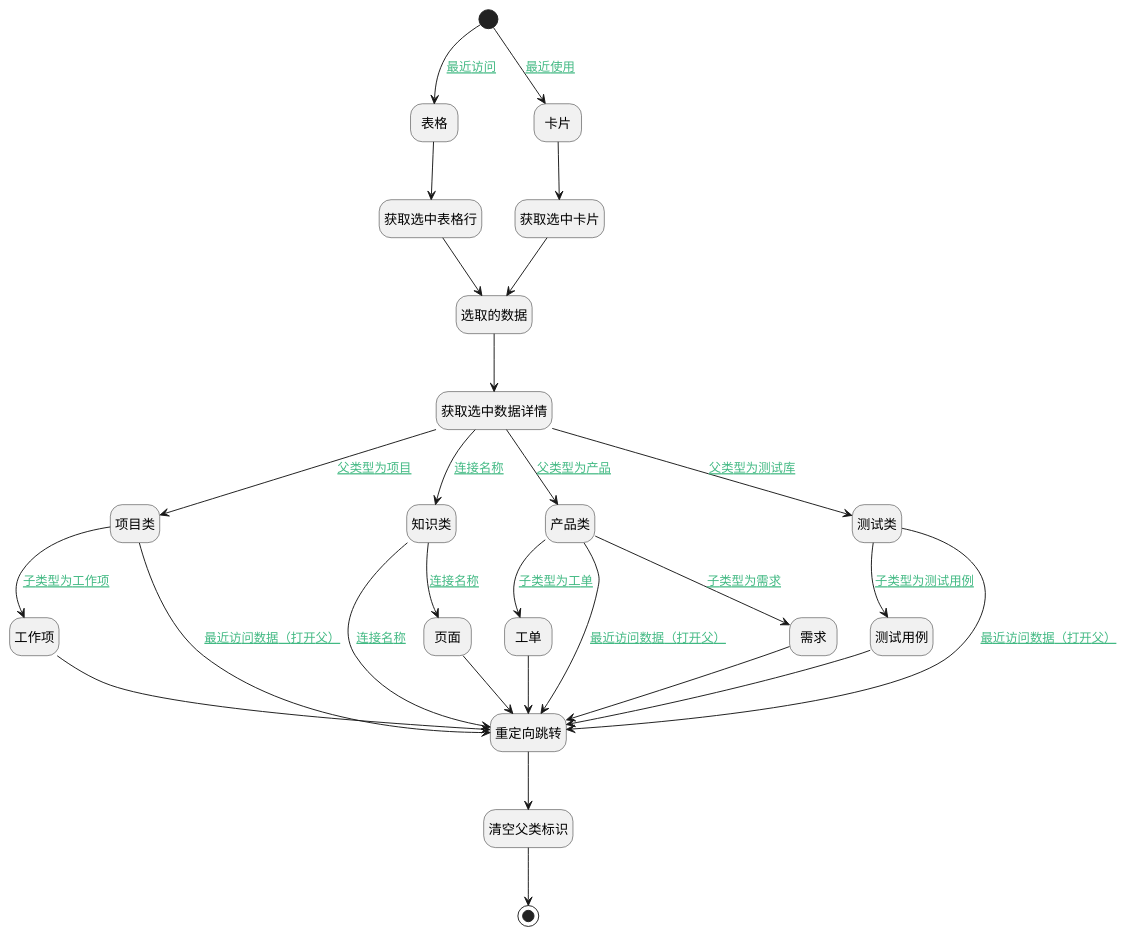
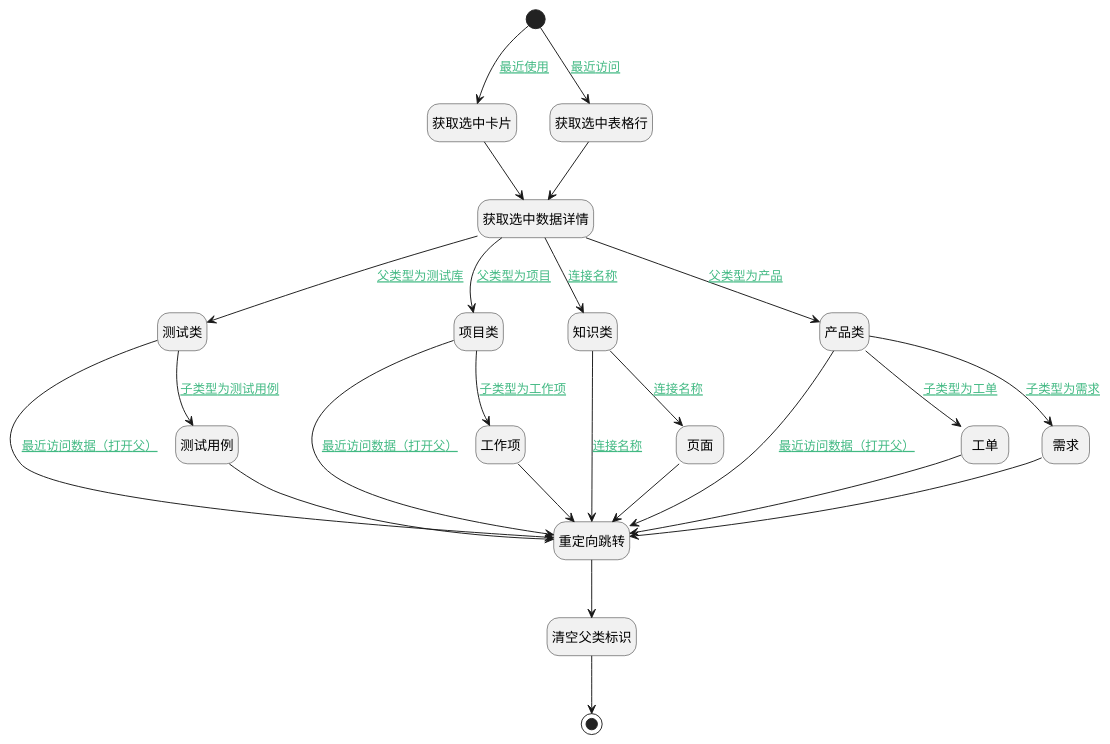
Before and after one commit to iBizLab/plm: the diagram in doc/docsify/module/Base/recent/uilogic/recent_jump_other_view.md, drawn with PlantUML. The commit also changed other lines of this file and 1068 other files, not shown here.

````diff
--- a/doc/docsify/module/Base/recent/uilogic/recent_jump_other_view.md
+++ b/doc/docsify/module/Base/recent/uilogic/recent_jump_other_view.md
@@ -7,62 +7,56 @@
 ```plantuml
 @startuml
 hide footbox
 <style>
 root {
   HyperlinkColor #42b983
 }
 </style>
 
 hide empty description
 state "开始" as Begin <<start>> [[$./recent_jump_other_view#begin {开始}]]
+state "重定向跳转" as DEUIACTION1  [[$./recent_jump_other_view#deuiaction1 {重定向跳转}]]
+state "测试类" as PREPAREJSPARAM8  [[$./recent_jump_other_view#preparejsparam8 {测试类}]]
+state "工单" as PREPAREJSPARAM5  [[$./recent_jump_other_view#preparejsparam5 {工单}]]
+state "测试用例" as PREPAREJSPARAM9  [[$./recent_jump_other_view#preparejsparam9 {测试用例}]]
 state "项目类" as PREPAREJSPARAM6  [[$./recent_jump_other_view#preparejsparam6 {项目类}]]
+state "清空父类标识" as PREPAREJSPARAM10  [[$./recent_jump_other_view#preparejsparam10 {清空父类标识}]]
+state "工作项" as PREPAREJSPARAM7  [[$./recent_jump_other_view#preparejsparam7 {工作项}]]
+state "获取选中卡片" as PREPAREJSPARAM1  [[$./recent_jump_other_view#preparejsparam1 {获取选中卡片}]]
+state "需求" as PREPAREJSPARAM4  [[$./recent_jump_other_view#preparejsparam4 {需求}]]
+state "页面" as PREPAREJSPARAM12  [[$./recent_jump_other_view#preparejsparam12 {页面}]]
+state "知识类" as PREPAREJSPARAM11  [[$./recent_jump_other_view#preparejsparam11 {知识类}]]
+state "获取选中数据详情" as RAWJSCODE1  [[$./recent_jump_other_view#rawjscode1 {获取选中数据详情}]]
+state "产品类" as PREPAREJSPARAM3  [[$./recent_jump_other_view#preparejsparam3 {产品类}]]
 state "结束" as END1 <<end>> [[$./recent_jump_other_view#end1 {结束}]]
-state "选取的数据" as DEBUGPARAM2  [[$./recent_jump_other_view#debugparam2 {选取的数据}]]
-state "知识类" as PREPAREJSPARAM11  [[$./recent_jump_other_view#preparejsparam11 {知识类}]]
-state "获取选中卡片" as PREPAREJSPARAM1  [[$./recent_jump_other_view#preparejsparam1 {获取选中卡片}]]
-state "清空父类标识" as PREPAREJSPARAM10  [[$./recent_jump_other_view#preparejsparam10 {清空父类标识}]]
-state "测试用例" as PREPAREJSPARAM9  [[$./recent_jump_other_view#preparejsparam9 {测试用例}]]
-state "工单" as PREPAREJSPARAM5  [[$./recent_jump_other_view#preparejsparam5 {工单}]]
-state "表格" as DEBUGPARAM5  [[$./recent_jump_other_view#debugparam5 {表格}]]
 state "获取选中表格行" as PREPAREJSPARAM2  [[$./recent_jump_other_view#preparejsparam2 {获取选中表格行}]]
-state "工作项" as PREPAREJSPARAM7  [[$./recent_jump_other_view#preparejsparam7 {工作项}]]
-state "产品类" as PREPAREJSPARAM3  [[$./recent_jump_other_view#preparejsparam3 {产品类}]]
-state "卡片" as DEBUGPARAM4  [[$./recent_jump_other_view#debugparam4 {卡片}]]
-state "重定向跳转" as DEUIACTION1  [[$./recent_jump_other_view#deuiaction1 {重定向跳转}]]
-state "获取选中数据详情" as RAWJSCODE1  [[$./recent_jump_other_view#rawjscode1 {获取选中数据详情}]]
-state "需求" as PREPAREJSPARAM4  [[$./recent_jump_other_view#preparejsparam4 {需求}]]
-state "测试类" as PREPAREJSPARAM8  [[$./recent_jump_other_view#preparejsparam8 {测试类}]]
-state "页面" as PREPAREJSPARAM12  [[$./recent_jump_other_view#preparejsparam12 {页面}]]
 
 
-Begin --> DEBUGPARAM4 : [[$./recent_jump_other_view#begin-debugparam4{最近使用} 最近使用]]
-DEBUGPARAM4 --> PREPAREJSPARAM1
-PREPAREJSPARAM1 --> DEBUGPARAM2
-DEBUGPARAM2 --> RAWJSCODE1
+Begin --> PREPAREJSPARAM1 : [[$./recent_jump_other_view#begin-preparejsparam1{最近使用} 最近使用]]
+PREPAREJSPARAM1 --> RAWJSCODE1
 RAWJSCODE1 --> PREPAREJSPARAM3 : [[$./recent_jump_other_view#rawjscode1-preparejsparam3{父类型为产品} 父类型为产品]]
 PREPAREJSPARAM3 --> DEUIACTION1 : [[$./recent_jump_other_view#preparejsparam3-deuiaction1{最近访问数据（打开父）} 最近访问数据（打开父）]]
 DEUIACTION1 --> PREPAREJSPARAM10
 PREPAREJSPARAM10 --> END1
 PREPAREJSPARAM3 --> PREPAREJSPARAM4 : [[$./recent_jump_other_view#preparejsparam3-preparejsparam4{子类型为需求} 子类型为需求]]
 PREPAREJSPARAM4 --> DEUIACTION1
 PREPAREJSPARAM3 --> PREPAREJSPARAM5 : [[$./recent_jump_other_view#preparejsparam3-preparejsparam5{子类型为工单} 子类型为工单]]
 PREPAREJSPARAM5 --> DEUIACTION1
 RAWJSCODE1 --> PREPAREJSPARAM6 : [[$./recent_jump_other_view#rawjscode1-preparejsparam6{父类型为项目} 父类型为项目]]
 PREPAREJSPARAM6 --> DEUIACTION1 : [[$./recent_jump_other_view#preparejsparam6-deuiaction1{最近访问数据（打开父）} 最近访问数据（打开父）]]
 PREPAREJSPARAM6 --> PREPAREJSPARAM7 : [[$./recent_jump_other_view#preparejsparam6-preparejsparam7{子类型为工作项} 子类型为工作项]]
 PREPAREJSPARAM7 --> DEUIACTION1
 RAWJSCODE1 --> PREPAREJSPARAM8 : [[$./recent_jump_other_view#rawjscode1-preparejsparam8{父类型为测试库} 父类型为测试库]]
 PREPAREJSPARAM8 --> DEUIACTION1 : [[$./recent_jump_other_view#preparejsparam8-deuiaction1{最近访问数据（打开父）} 最近访问数据（打开父）]]
 PREPAREJSPARAM8 --> PREPAREJSPARAM9 : [[$./recent_jump_other_view#preparejsparam8-preparejsparam9{子类型为测试用例} 子类型为测试用例]]
 PREPAREJSPARAM9 --> DEUIACTION1
 RAWJSCODE1 --> PREPAREJSPARAM11 : [[$./recent_jump_other_view#rawjscode1-preparejsparam11{连接名称} 连接名称]]
 PREPAREJSPARAM11 --> PREPAREJSPARAM12 : [[$./recent_jump_other_view#preparejsparam11-preparejsparam12{连接名称} 连接名称]]
 PREPAREJSPARAM12 --> DEUIACTION1
 PREPAREJSPARAM11 --> DEUIACTION1 : [[$./recent_jump_other_view#preparejsparam11-deuiaction1{连接名称} 连接名称]]
-Begin --> DEBUGPARAM5 : [[$./recent_jump_other_view#begin-debugparam5{最近访问} 最近访问]]
-DEBUGPARAM5 --> PREPAREJSPARAM2
-PREPAREJSPARAM2 --> DEBUGPARAM2
+Begin --> PREPAREJSPARAM2 : [[$./recent_jump_other_view#begin-preparejsparam2{最近访问} 最近访问]]
+PREPAREJSPARAM2 --> RAWJSCODE1
 
 
 @enduml
 ```
````
